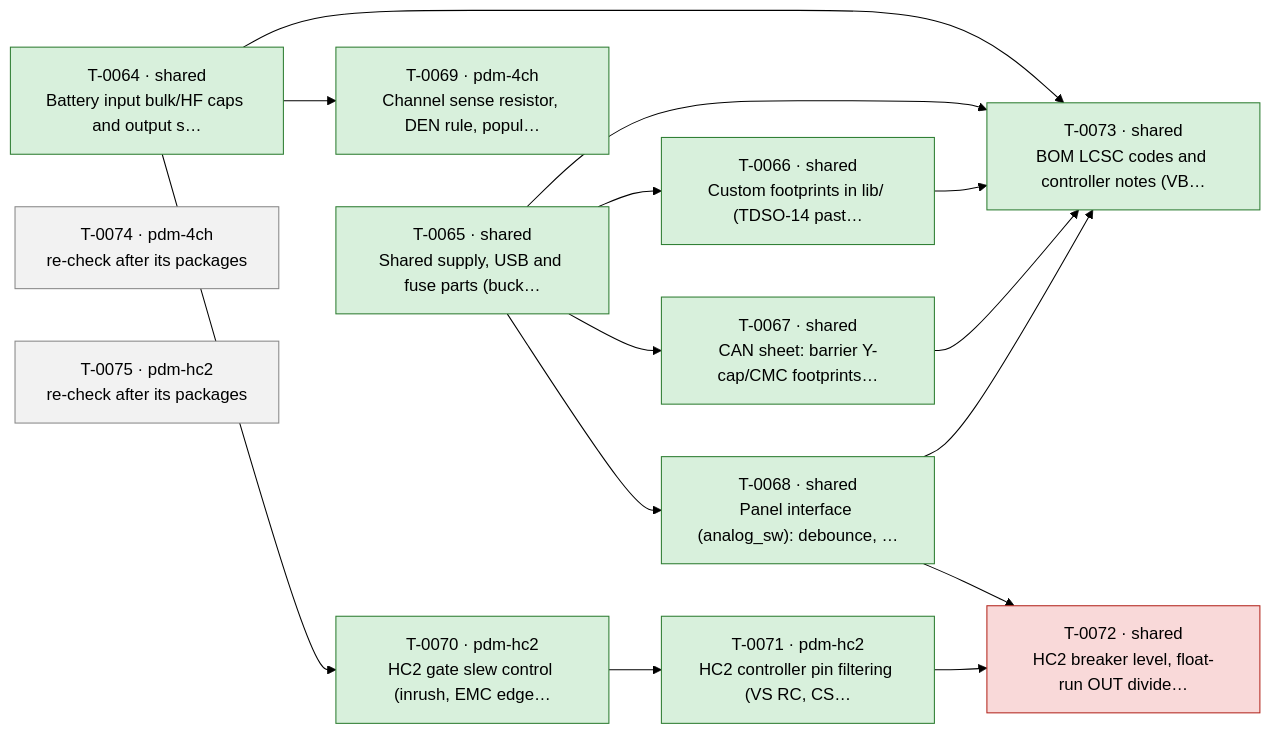
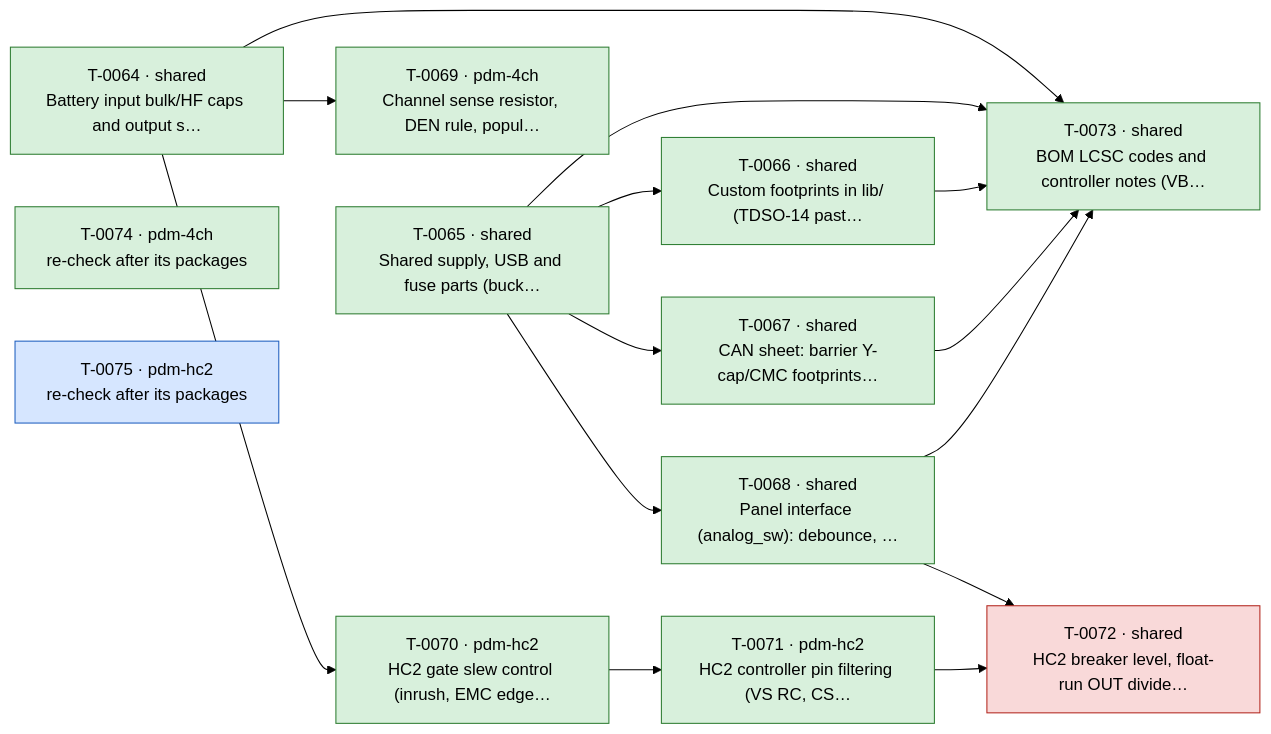
One commit to plektra/ESP32-PDM changed the diagram in docs/ROADMAP.md. Above: the diagram before and after it, drawn with Mermaid (forest theme). The commit also changed other lines of this file and 6 other files, not shown here.

````diff
--- a/docs/ROADMAP.md
+++ b/docs/ROADMAP.md
@@ -18,32 +18,32 @@
 ```mermaid
 flowchart LR
   T0064["T-0064 · shared<br/>Battery input bulk/HF caps and output s…"]:::done
   T0065["T-0065 · shared<br/>Shared supply, USB and fuse parts (buck…"]:::done
   T0066["T-0066 · shared<br/>Custom footprints in lib/ (TDSO-14 past…"]:::done
   T0067["T-0067 · shared<br/>CAN sheet: barrier Y-cap/CMC footprints…"]:::done
   T0068["T-0068 · shared<br/>Panel interface (analog_sw): debounce, …"]:::done
   T0069["T-0069 · pdm-4ch<br/>Channel sense resistor, DEN rule, popul…"]:::done
   T0070["T-0070 · pdm-hc2<br/>HC2 gate slew control (inrush, EMC edge…"]:::done
   T0071["T-0071 · pdm-hc2<br/>HC2 controller pin filtering (VS RC, CS…"]:::done
   T0072["T-0072 · shared<br/>HC2 breaker level, float-run OUT divide…"]:::failed
   T0073["T-0073 · shared<br/>BOM LCSC codes and controller notes (VB…"]:::done
-  T0074["T-0074 · pdm-4ch<br/>re-check after its packages"]:::ready
-  T0075["T-0075 · pdm-hc2<br/>re-check after its packages"]:::ready
+  T0074["T-0074 · pdm-4ch<br/>re-check after its packages"]:::done
+  T0075["T-0075 · pdm-hc2<br/>re-check after its packages"]:::running
   T0065 --> T0066
   T0065 --> T0067
   T0065 --> T0068
   T0064 --> T0069
   T0064 --> T0070
   T0070 --> T0071
   T0068 --> T0072
   T0071 --> T0072
   T0064 --> T0073
   T0065 --> T0073
   T0066 --> T0073
   T0067 --> T0073
   T0068 --> T0073
   classDef done fill:#d8f0dc,stroke:#2e7d32
   classDef running fill:#d6e6ff,stroke:#1f5fbf
   classDef ready fill:#f2f2f2,stroke:#888
   classDef failed fill:#f9d9d9,stroke:#b3261e
 ```
````
